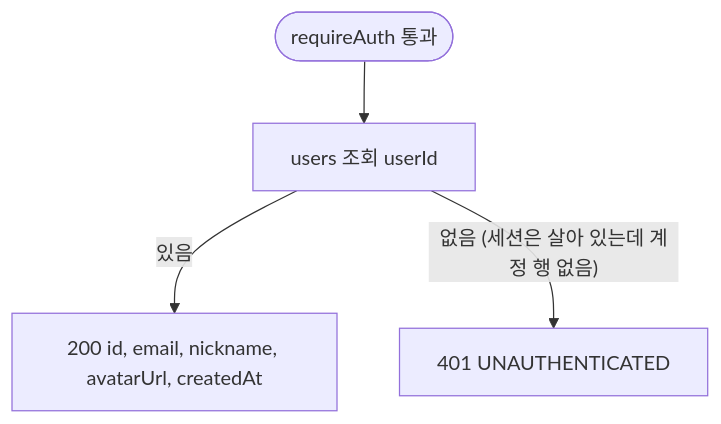
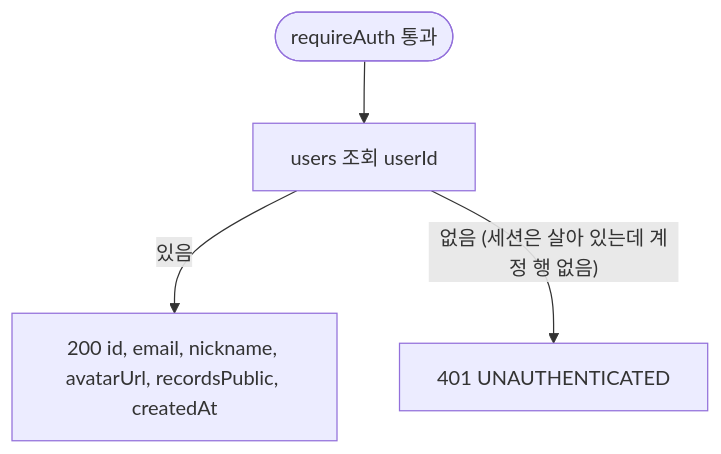
Diagram 29 of 49 in Document/SDS.md (EscapeFromGyeongsan/ft_transcendence), drawn with Mermaid before and after one commit. The commit also changed other lines of this file and 28 other files, not shown here.

````diff
--- a/Document/SDS.md
+++ b/Document/SDS.md
@@ -1300,6 +1303,6 @@
 ```mermaid
 flowchart TD
     S([requireAuth 통과]) --> Find[users 조회 userId]
-    Find -->|있음| R200[200 id, email, nickname, avatarUrl, createdAt]
+    Find -->|있음| R200[200 id, email, nickname, avatarUrl, recordsPublic, createdAt]
     Find -->|"없음 (세션은 살아 있는데 계정 행 없음)"| R401[401 UNAUTHENTICATED]
 ```
````
